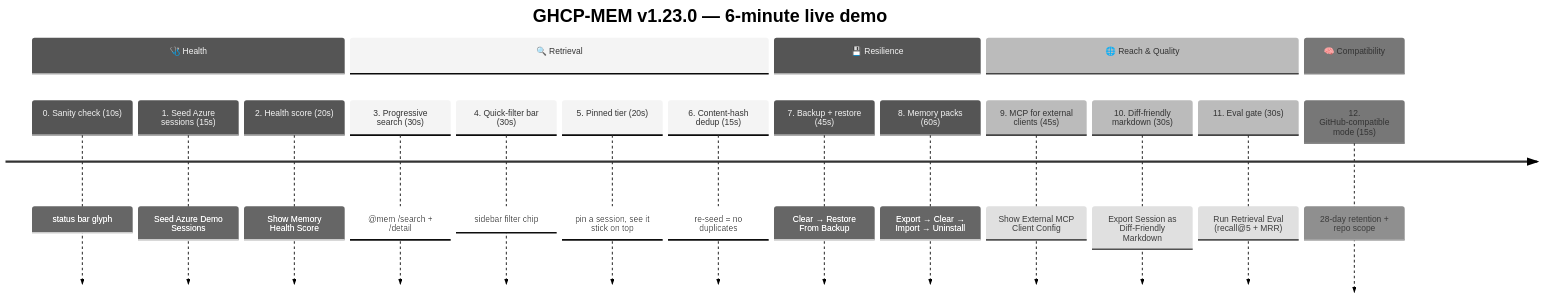
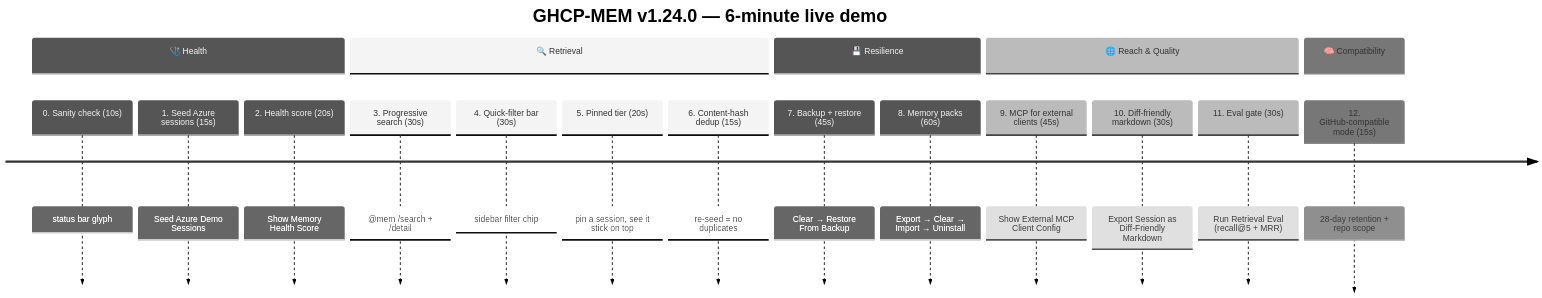
The first of 5 diagrams in docs/DEMO.md (ITcredibl/ghcp-mem), drawn with Mermaid (neutral theme) before and after one commit. The commit also changed other lines of this file and 22 other files, not shown here.

````diff
--- a/docs/DEMO.md
+++ b/docs/DEMO.md
@@ -20,22 +20,22 @@
 ```mermaid
 timeline
-    title GHCP-MEM v1.23.0 — 6-minute live demo
+    title GHCP-MEM v1.24.0 — 6-minute live demo
     section 🩺 Health
         0. Sanity check (10s)              : status bar glyph
         1. Seed Azure sessions (15s)       : Seed Azure Demo Sessions
         2. Health score (20s)              : Show Memory Health Score
     section 🔍 Retrieval
         3. Progressive search (30s)        : @mem /search + /detail
         4. Quick-filter bar (30s)          : sidebar filter chip
         5. Pinned tier (20s)               : pin a session, see it stick on top
         6. Content-hash dedup (15s)        : re-seed = no duplicates
     section 💾 Resilience
         7. Backup + restore (45s)          : Clear → Restore From Backup
         8. Memory packs (60s)              : Export → Clear → Import → Uninstall
     section 🌐 Reach & Quality
         9. MCP for external clients (45s)  : Show External MCP Client Config
         10. Diff-friendly markdown (30s)   : Export Session as Diff-Friendly Markdown
         11. Eval gate (30s)                : Run Retrieval Eval (recall@5 + MRR)
     section 🧠 Compatibility
         12. GitHub-compatible mode (15s)   : 28-day retention + repo scope
 ```
````
